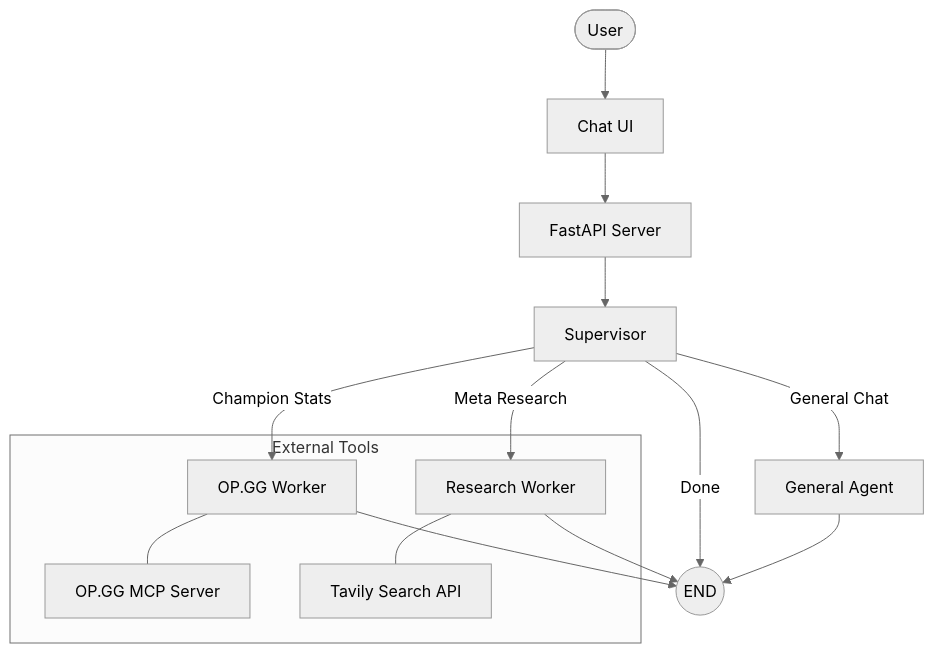
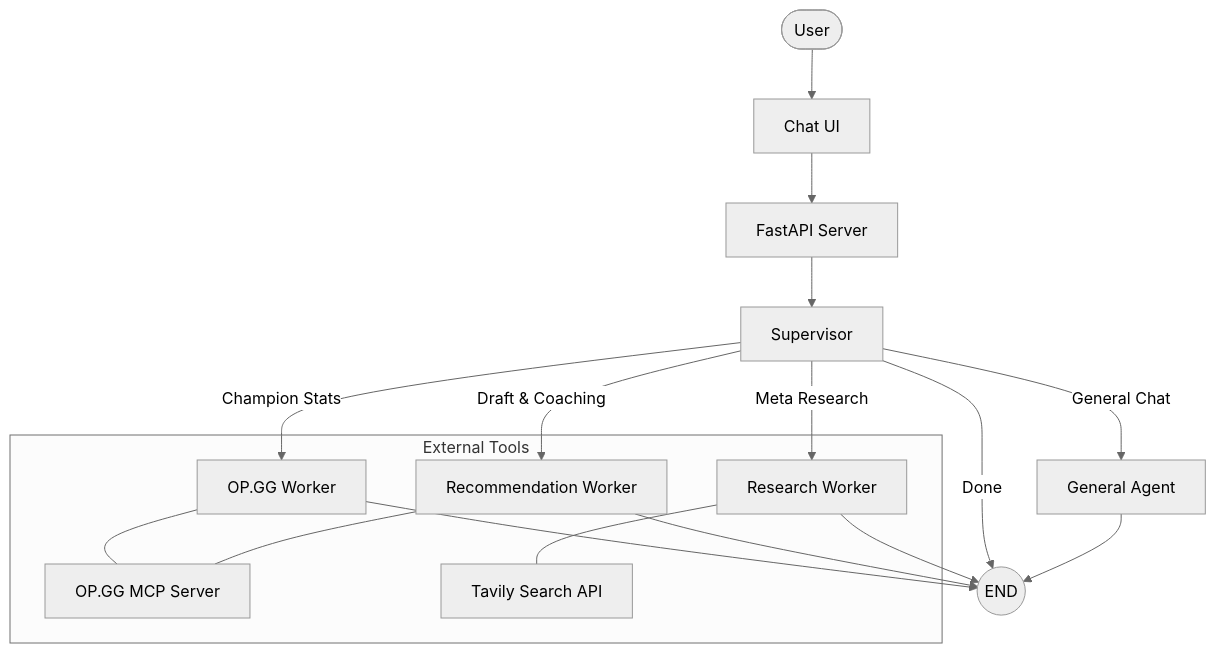
Before and after one commit to AhmadKElsayed/League-of-Legends-Agent: the diagram in README.md, drawn with Mermaid (neutral theme). The commit also changed other lines of this file, not shown here.

Commit message:
feat: add RecommendationWorker agent, fix tool logger, and update README architecture

````diff
--- a/README.md
+++ b/README.md
@@ -20,20 +20,23 @@
 ```mermaid
 graph TD
     USER([User]) --> UI[Chat UI]
     UI --> API[FastAPI Server]
     API --> Supervisor[Supervisor]
 
     Supervisor -->|Champion Stats| OPGGWorker[OP.GG Worker]
+    Supervisor -->|Draft & Coaching| RecommendationWorker[Recommendation Worker]
     Supervisor -->|Meta Research| ResearchWorker[Research Worker]
     Supervisor -->|General Chat| GeneralAgent[General Agent]
     Supervisor -->|Done| END((END))
 
     OPGGWorker --> END
+    RecommendationWorker --> END
     ResearchWorker --> END
     GeneralAgent --> END
 
     subgraph "External Tools"
         OPGGWorker --- MCP[OP.GG MCP Server]
+        RecommendationWorker --- MCP
         ResearchWorker --- Tavily[Tavily Search API]
     end
 ```
````
